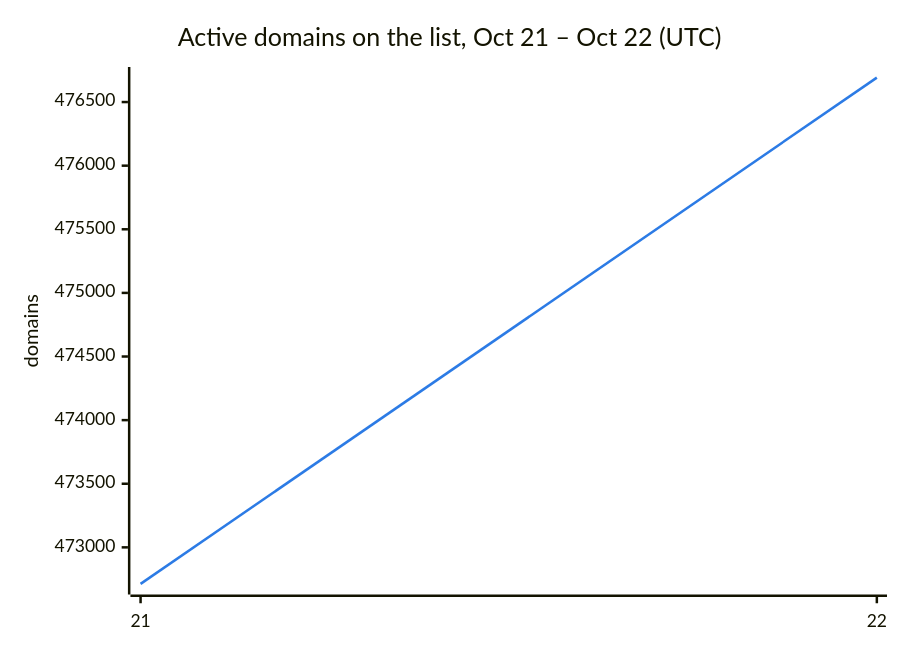
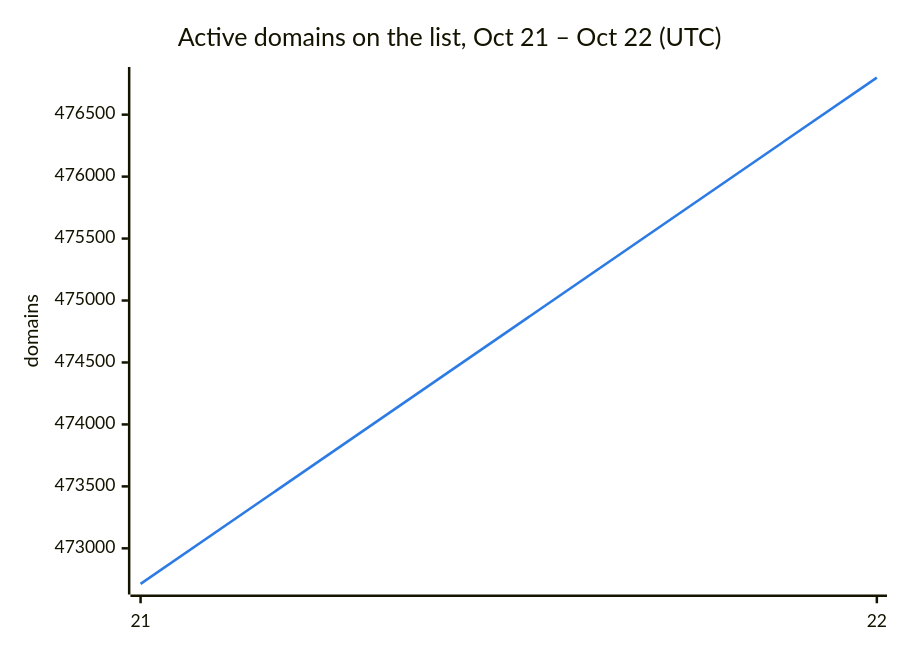
Before and after one commit to DNSBunker/CTI: the second of 3 diagrams in README.md, drawn with Mermaid. The commit also changed other lines of this file and 3 other files, not shown here.

````diff
--- a/README.md
+++ b/README.md
@@ -38,8 +38,8 @@
 ```mermaid
 %%{init: {"themeVariables": {"xyChart": {"plotColorPalette": "#2c7be5"}}}}%%
 xychart-beta
     title "Active domains on the list, Oct 21 – Oct 22 (UTC)"
     x-axis ["21", "22"]
     y-axis "domains"
-    line [472713, 476692]
+    line [472713, 476799]
 ```
````
